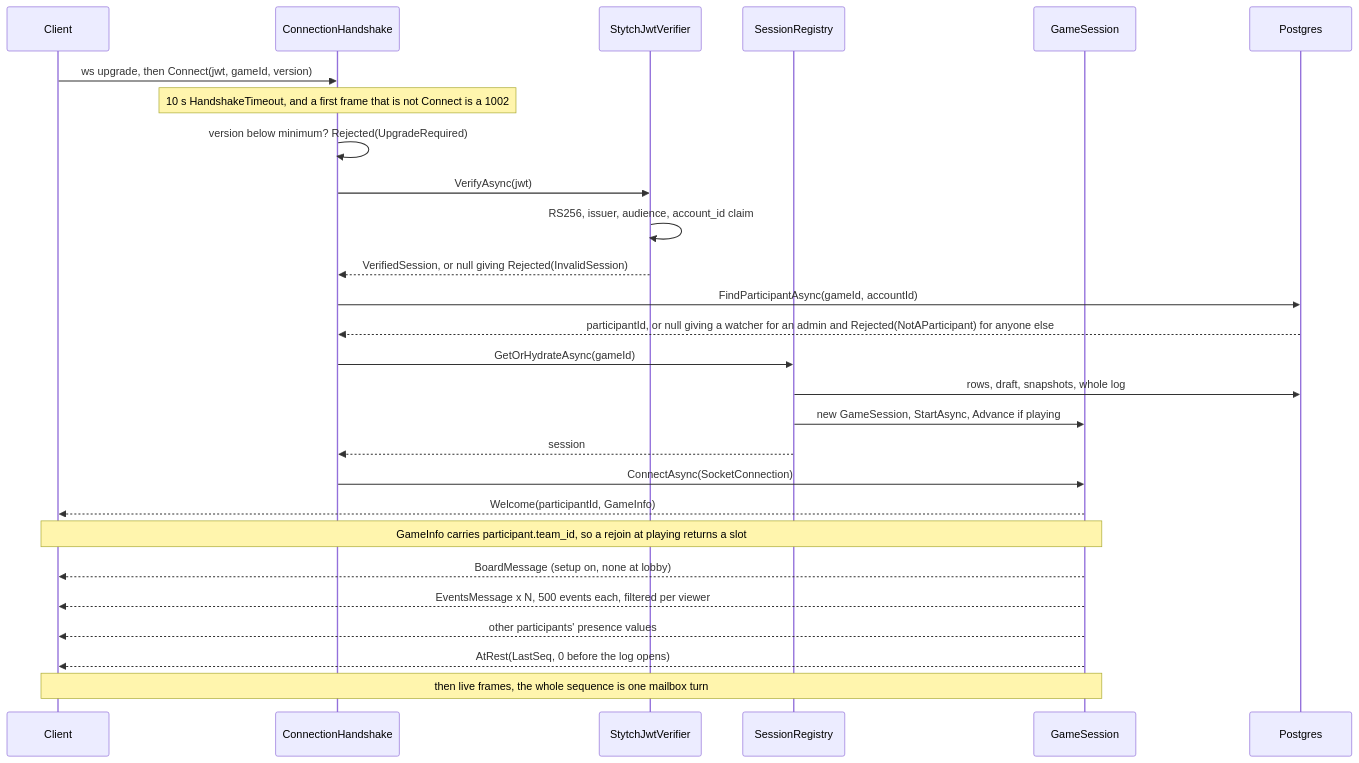
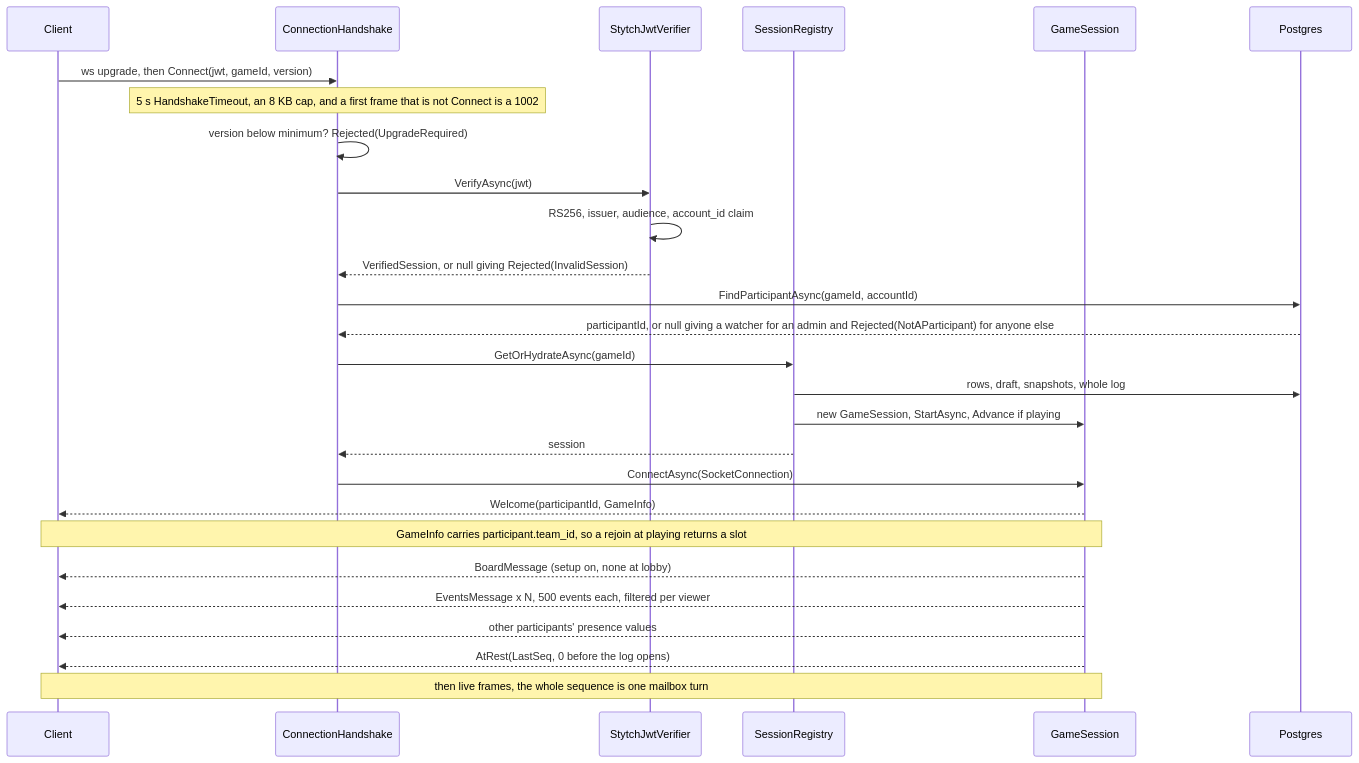
One commit to cstupi/tabletop changed the fifth of 12 diagrams in docs/design/game-server/design.md. Above: the diagram before and after it, drawn with Mermaid. The commit also changed other lines of this file and 3 other files, not shown here.

````diff
--- a/docs/design/game-server/design.md
+++ b/docs/design/game-server/design.md
@@ -898,30 +945,30 @@
 ```mermaid
 sequenceDiagram
     participant C as Client
     participant H as ConnectionHandshake
     participant V as StytchJwtVerifier
     participant R as SessionRegistry
     participant S as GameSession
     participant DB as Postgres
 
     C->>H: ws upgrade, then Connect(jwt, gameId, version)
-    Note over H: 10 s HandshakeTimeout, and a first frame that is not Connect is a 1002
+    Note over H: 5 s HandshakeTimeout, an 8 KB cap, and a first frame that is not Connect is a 1002
     H->>H: version below minimum? Rejected(UpgradeRequired)
     H->>V: VerifyAsync(jwt)
     V->>V: RS256, issuer, audience, account_id claim
     V-->>H: VerifiedSession, or null giving Rejected(InvalidSession)
     H->>DB: FindParticipantAsync(gameId, accountId)
     DB-->>H: participantId, or null giving a watcher for an admin and Rejected(NotAParticipant) for anyone else
     H->>R: GetOrHydrateAsync(gameId)
     R->>DB: rows, draft, snapshots, whole log
     R->>S: new GameSession, StartAsync, Advance if playing
     R-->>H: session
     H->>S: ConnectAsync(SocketConnection)
     S-->>C: Welcome(participantId, GameInfo)
     Note over S,C: GameInfo carries participant.team_id, so a rejoin at playing returns a slot
     S-->>C: BoardMessage (setup on, none at lobby)
     S-->>C: EventsMessage x N, 500 events each, filtered per viewer
     S-->>C: other participants' presence values
     S-->>C: AtRest(LastSeq, 0 before the log opens)
     Note over S,C: then live frames, the whole sequence is one mailbox turn
 ```
````
